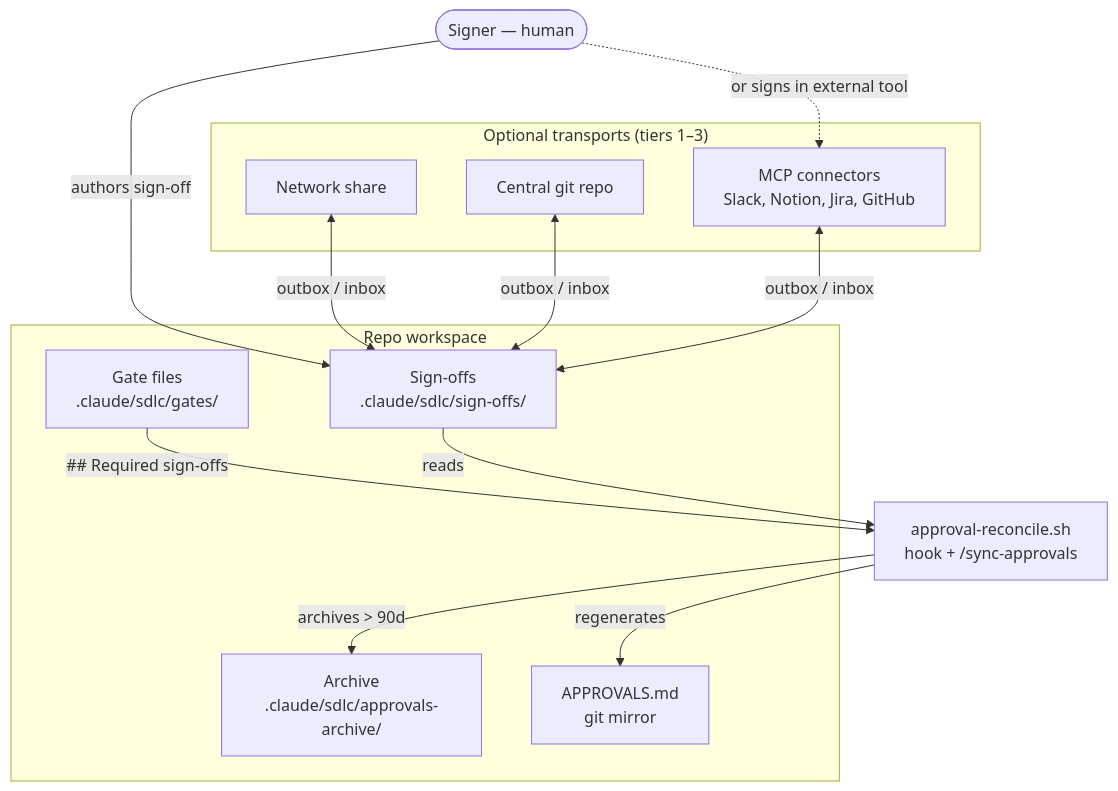
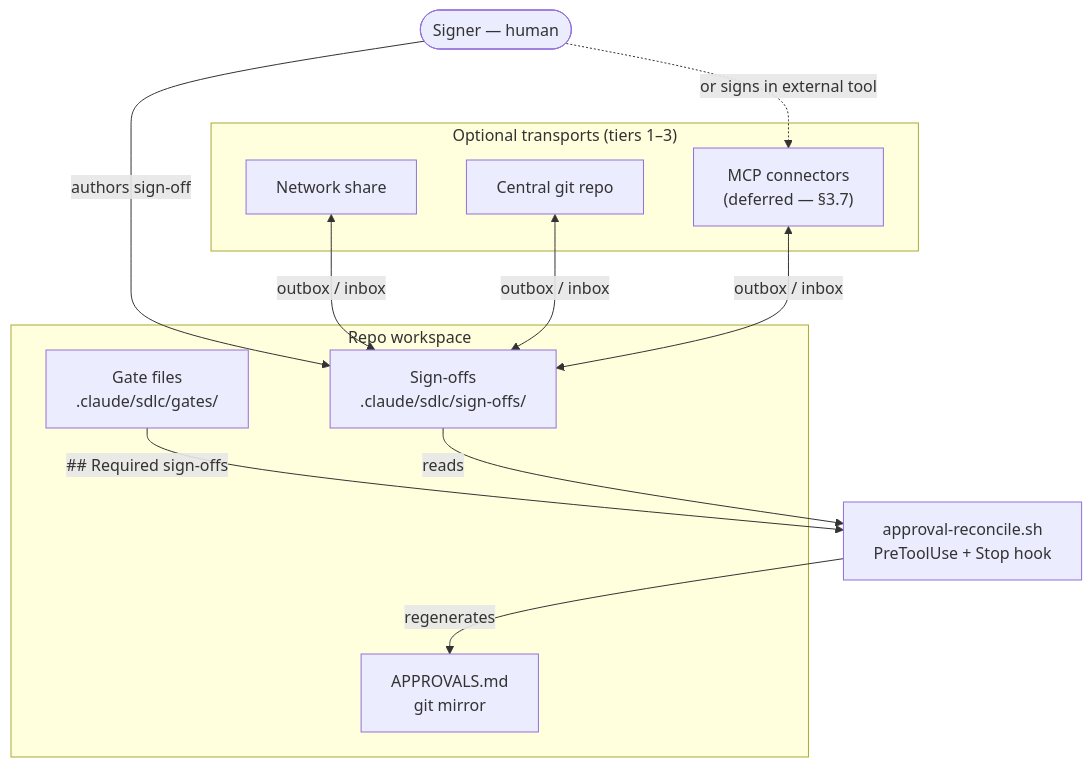
One commit to lantisprime/claude-sdlc changed the first of 2 diagrams in docs/rfcs/multi-team-approval.md. Above: the diagram before and after it, drawn with Mermaid. The commit also changed other lines of this file, not shown here.

First line of the commit message:
Address second-opinion review findings in approval RFC

````diff
--- a/docs/rfcs/multi-team-approval.md
+++ b/docs/rfcs/multi-team-approval.md
@@ -39,31 +39,29 @@
 ```mermaid
 flowchart TB
     Signer([Signer — human])
 
     subgraph Repo["Repo workspace"]
         Gates["Gate files<br/>.claude/sdlc/gates/"]
         Signoffs["Sign-offs<br/>.claude/sdlc/sign-offs/"]
-        Archive["Archive<br/>.claude/sdlc/approvals-archive/"]
         Approvals["APPROVALS.md<br/>git mirror"]
     end
 
-    Reconciler["approval-reconcile.sh<br/>hook + /sync-approvals"]
+    Reconciler["approval-reconcile.sh<br/>PreToolUse + Stop hook"]
 
     subgraph Transports["Optional transports (tiers 1–3)"]
         Share["Network share"]
         Git["Central git repo"]
-        MCP["MCP connectors<br/>Slack, Notion, Jira, GitHub"]
+        MCP["MCP connectors<br/>(deferred — §3.7)"]
     end
 
     Signer -->|authors sign-off| Signoffs
     Signer -.->|or signs in external tool| MCP
 
     Gates -->|"## Required sign-offs"| Reconciler
     Signoffs -->|reads| Reconciler
     Reconciler -->|regenerates| Approvals
-    Reconciler -->|archives > 90d| Archive
 
     Share <-->|outbox / inbox| Signoffs
     Git <-->|outbox / inbox| Signoffs
     MCP <-->|outbox / inbox| Signoffs
 ```
````
